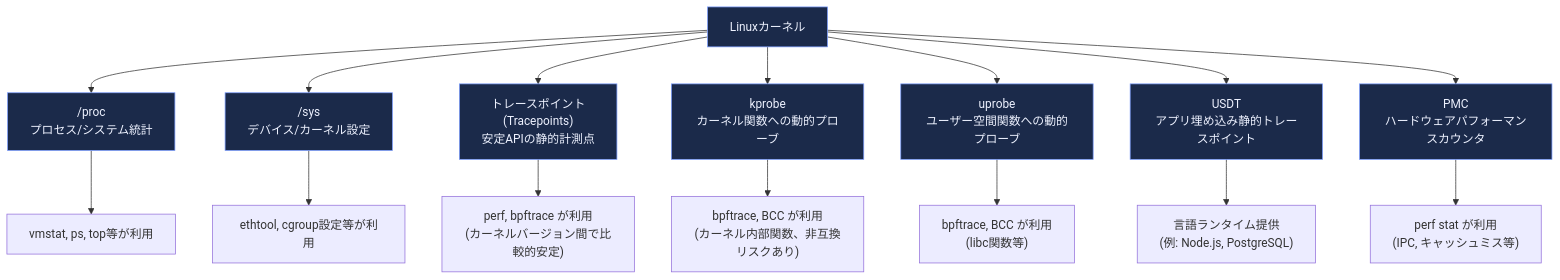
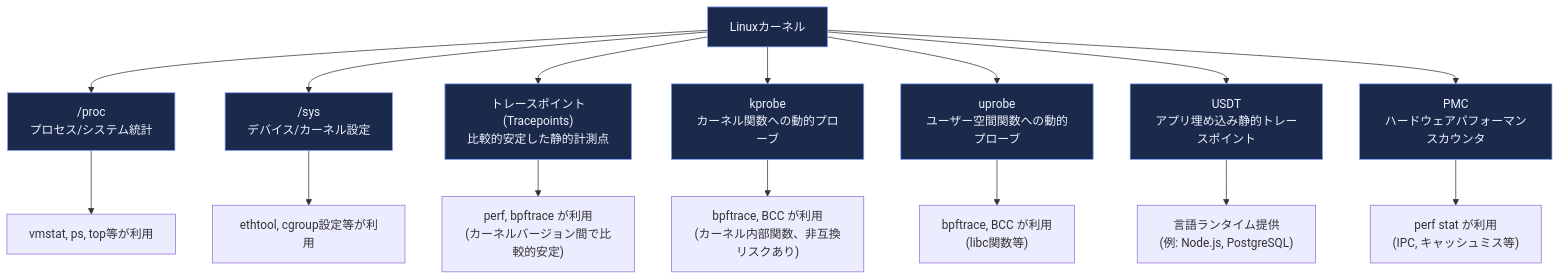
The seventh of 18 diagrams in Systems-performance-guide.md (myoshi2891/Cloud-Infrastructure-Studies), drawn with Mermaid before and after one commit. The commit also changed other lines of this file, not shown here.

````diff
--- a/Systems-performance-guide.md
+++ b/Systems-performance-guide.md
@@ -221,21 +222,21 @@
 ```mermaid
 flowchart TB
     K["Linuxカーネル"] --> P1["/proc<br/>プロセス/システム統計"]
     K --> P2["/sys<br/>デバイス/カーネル設定"]
-    K --> TP["トレースポイント<br/>(Tracepoints)<br/>安定APIの静的計測点"]
+    K --> TP["トレースポイント<br/>(Tracepoints)<br/>比較的安定した静的計測点"]
     K --> KP["kprobe<br/>カーネル関数への動的プローブ"]
     K --> UP["uprobe<br/>ユーザー空間関数への動的プローブ"]
     K --> USDT["USDT<br/>アプリ埋め込み静的トレースポイント"]
     K --> PMC["PMC<br/>ハードウェアパフォーマンスカウンタ"]
 
     P1 --> T1["vmstat, ps, top等が利用"]
     P2 --> T2["ethtool, cgroup設定等が利用"]
     TP --> T3["perf, bpftrace が利用<br/>(カーネルバージョン間で比較的安定)"]
     KP --> T4["bpftrace, BCC が利用<br/>(カーネル内部関数、非互換リスクあり)"]
     UP --> T5["bpftrace, BCC が利用<br/>(libc関数等)"]
     USDT --> T6["言語ランタイム提供<br/>(例: Node.js, PostgreSQL)"]
     PMC --> T7["perf stat が利用<br/>(IPC, キャッシュミス等)"]
 
     classDef src fill:#1b2a4a,stroke:#7c9eff,color:#eef2ff;
     class K,P1,P2,TP,KP,UP,USDT,PMC src
 ```
````
